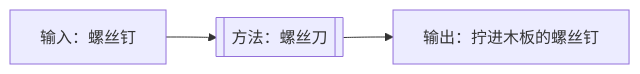
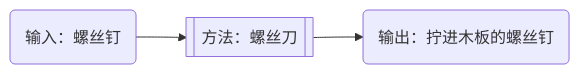
Before and after one commit to Dreamwalkor/little-book-of-ai: the third of 7 diagrams in 04.md, drawn with Mermaid. The commit also changed other lines of this file and 2 other files, not shown here.

`````diff
--- a/04.md
+++ b/04.md
@@ -53,4 +53,4 @@
 ````mermaid
 flowchart LR
-input[输入：螺丝钉] --> method[[方法：螺丝刀]] --> output[输出：拧进木板的螺丝钉]
+input(输入：螺丝钉) --> method[[方法：螺丝刀]] --> output(输出：拧进木板的螺丝钉)
 ````
`````
